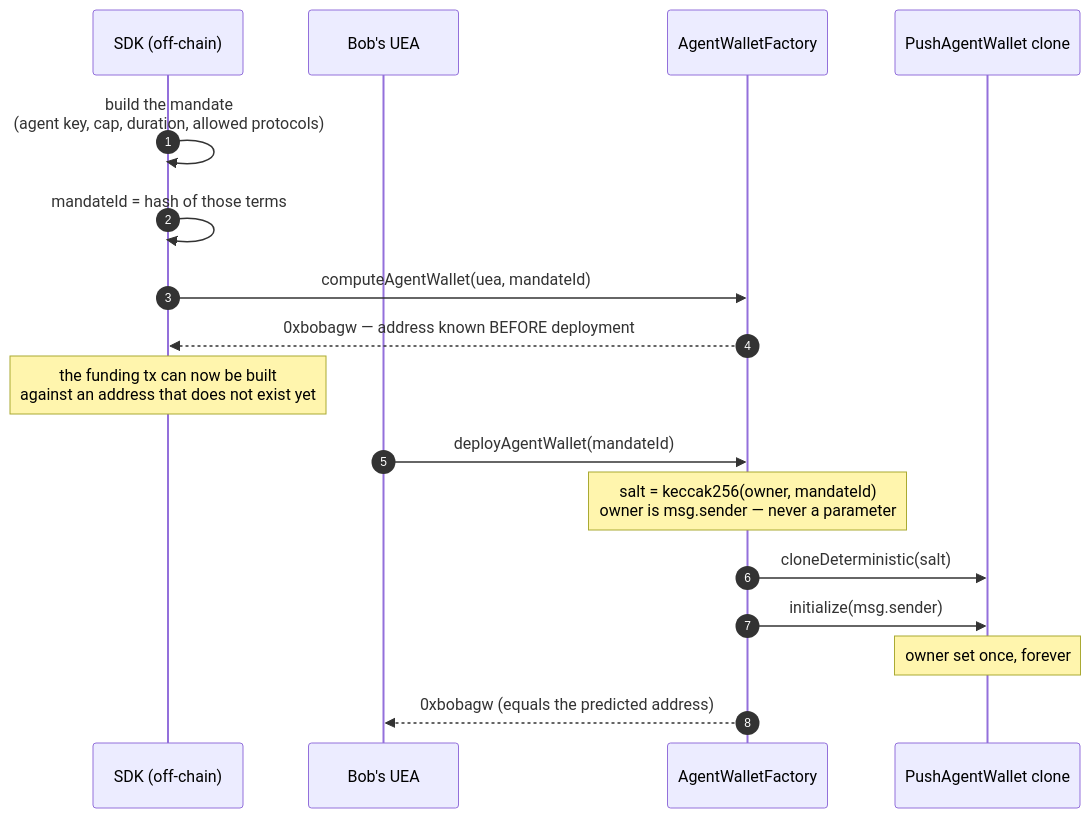
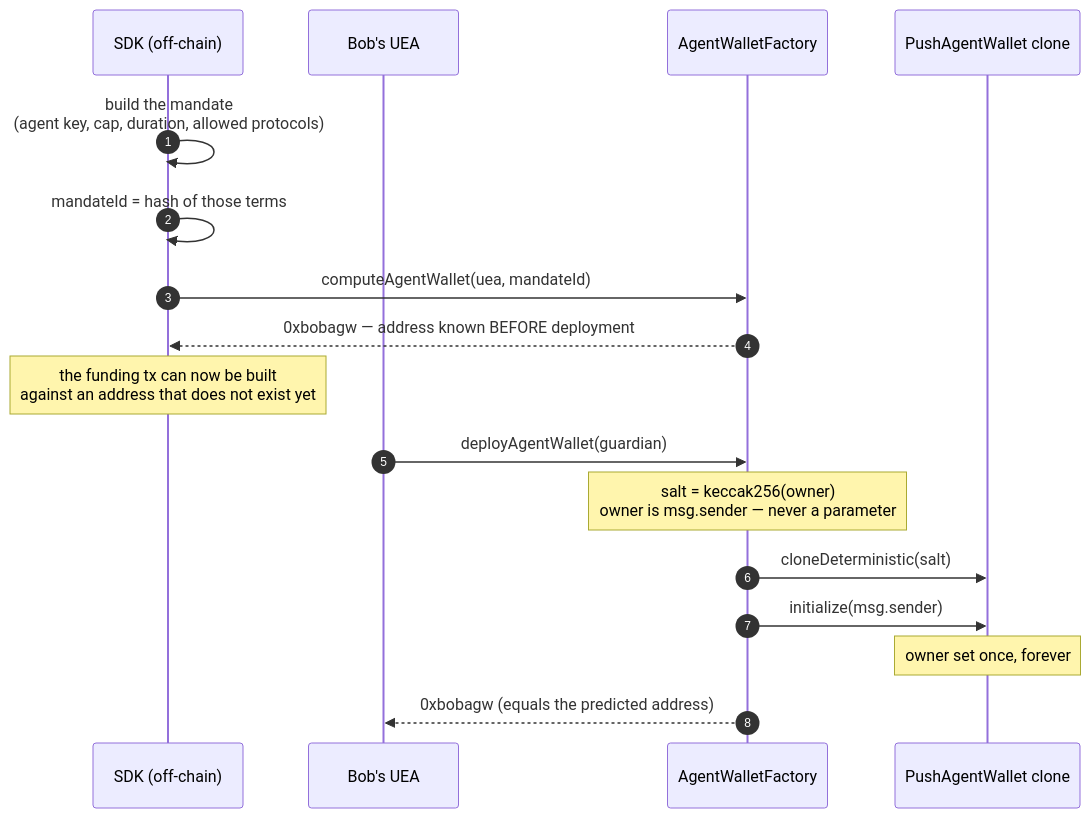
Before and after one commit to HusseinAdeiza/push-agentic-wallets: the fifth of 9 diagrams in docs/architecture.md, drawn with Mermaid. The commit also changed other lines of this file and 31 other files, not shown here.

First line of the commit message:
Implement architecture v2: one wallet per user

````diff
--- a/docs/architecture.md
+++ b/docs/architecture.md
@@ -261,22 +304,22 @@
 ```mermaid
 sequenceDiagram
     autonumber
     participant SDK as SDK (off-chain)
     participant UEA as Bob's UEA
     participant F as AgentWalletFactory
     participant W as PushAgentWallet clone
 
     SDK->>SDK: build the mandate<br/>(agent key, cap, duration, allowed protocols)
     SDK->>SDK: mandateId = hash of those terms
     SDK->>F: computeAgentWallet(uea, mandateId)
     F-->>SDK: 0xbobagw — address known BEFORE deployment
 
     Note over SDK: the funding tx can now be built<br/>against an address that does not exist yet
 
-    UEA->>F: deployAgentWallet(mandateId)
-    Note over F: salt = keccak256(owner, mandateId)<br/>owner is msg.sender — never a parameter
+    UEA->>F: deployAgentWallet(guardian)
+    Note over F: salt = keccak256(owner)<br/>owner is msg.sender — never a parameter
     F->>W: cloneDeterministic(salt)
     F->>W: initialize(msg.sender)
     Note over W: owner set once, forever
     F-->>UEA: 0xbobagw (equals the predicted address)
 ```
````
